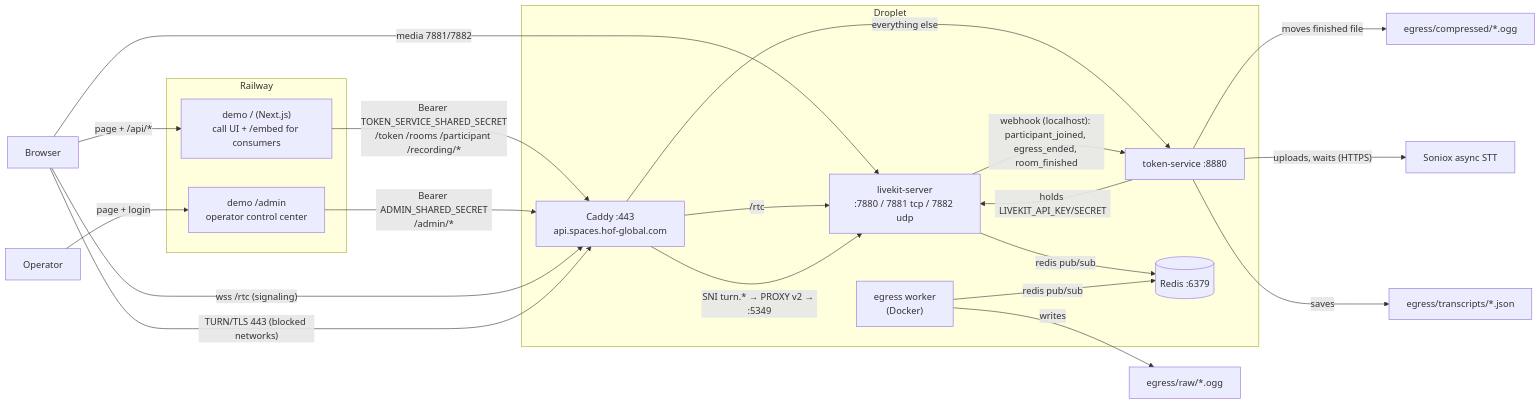
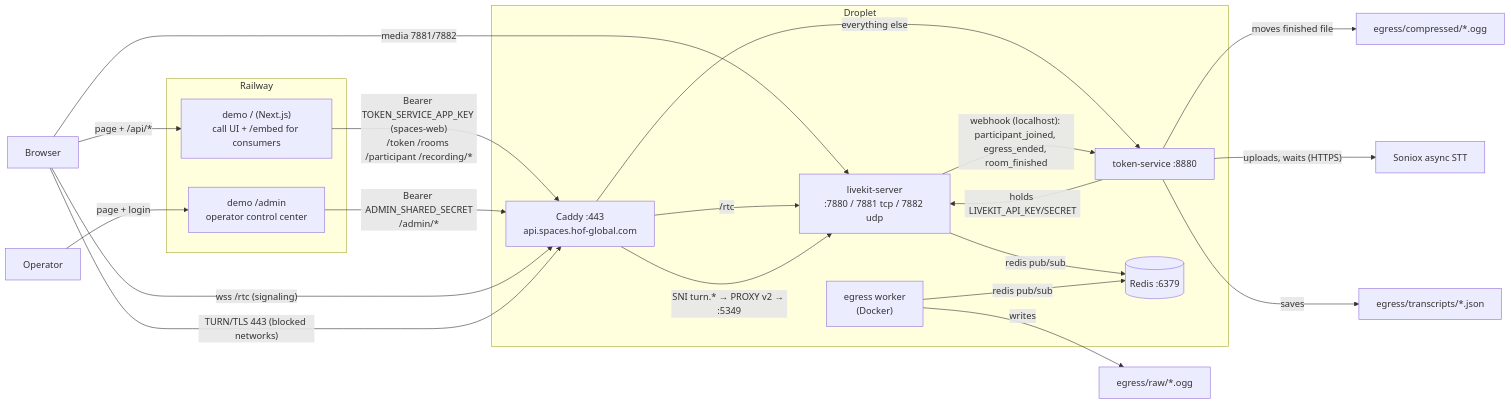
One commit to mustafa-bhatti12/spaces changed the diagram in AGENTS.md. Above: the diagram before and after it, drawn with Mermaid. The commit also changed other lines of this file and 13 other files, not shown here.

Commit message:
feat(ERP-72): run the call website on its own spaces-web app key

````diff
--- a/AGENTS.md
+++ b/AGENTS.md
@@ -54,32 +54,32 @@
 ```mermaid
 graph LR
   subgraph Railway
     DM["demo / (Next.js)\ncall UI + /embed for consumers"]
     AD["demo /admin\noperator control center"]
   end
   subgraph Droplet
     CA["Caddy :443\napi.spaces.hof-global.com"]
     TS["token-service :8880"]
     LK["livekit-server\n:7880 / 7881 tcp / 7882 udp"]
     RD[(Redis :6379)]
     EG["egress worker\n(Docker)"]
   end
   Browser -->|page + /api/*| DM
   Operator -->|page + login| AD
-  DM -->|"Bearer TOKEN_SERVICE_SHARED_SECRET\n/token /rooms /participant /recording/*"| CA
+  DM -->|"Bearer TOKEN_SERVICE_APP_KEY (spaces-web)\n/token /rooms /participant /recording/*"| CA
   AD -->|"Bearer ADMIN_SHARED_SECRET\n/admin/*"| CA
   Browser -->|"wss /rtc (signaling)"| CA
   Browser -->|"media 7881/7882"| LK
   Browser -->|"TURN/TLS 443 (blocked networks)"| CA
   CA -->|/rtc| LK
   CA -->|"SNI turn.* → PROXY v2 → :5349"| LK
   CA -->|everything else| TS
   TS -->|holds LIVEKIT_API_KEY/SECRET| LK
   LK -->|redis pub/sub| RD
   EG -->|redis pub/sub| RD
   EG -->|writes| RAW[egress/raw/*.ogg]
   LK -->|"webhook (localhost): participant_joined, egress_ended, room_finished"| TS
   TS -->|"moves finished file"| COMP[egress/compressed/*.ogg]
   TS -->|"uploads, waits (HTTPS)"| SX[Soniox async STT]
   TS -->|"saves"| TR[egress/transcripts/*.json]
 ```
````
